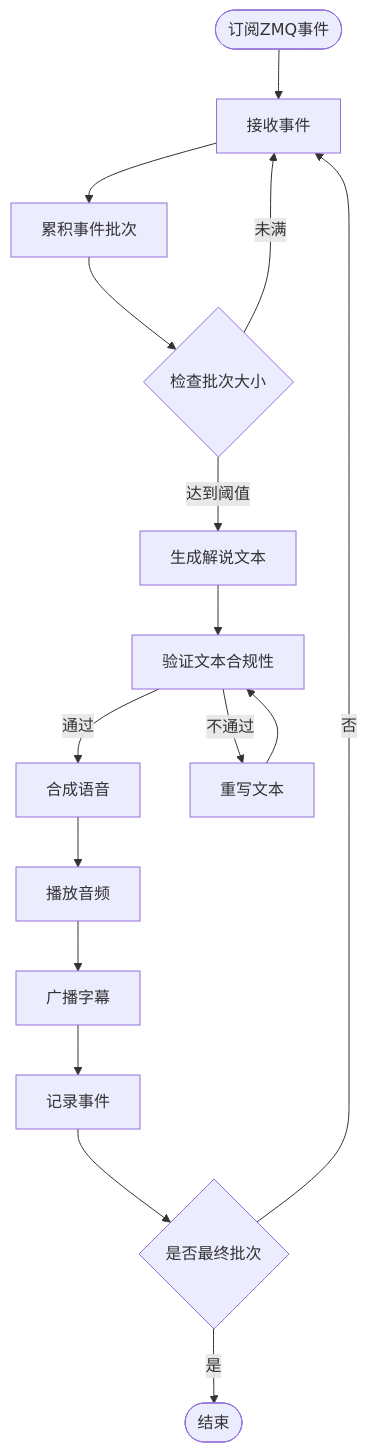
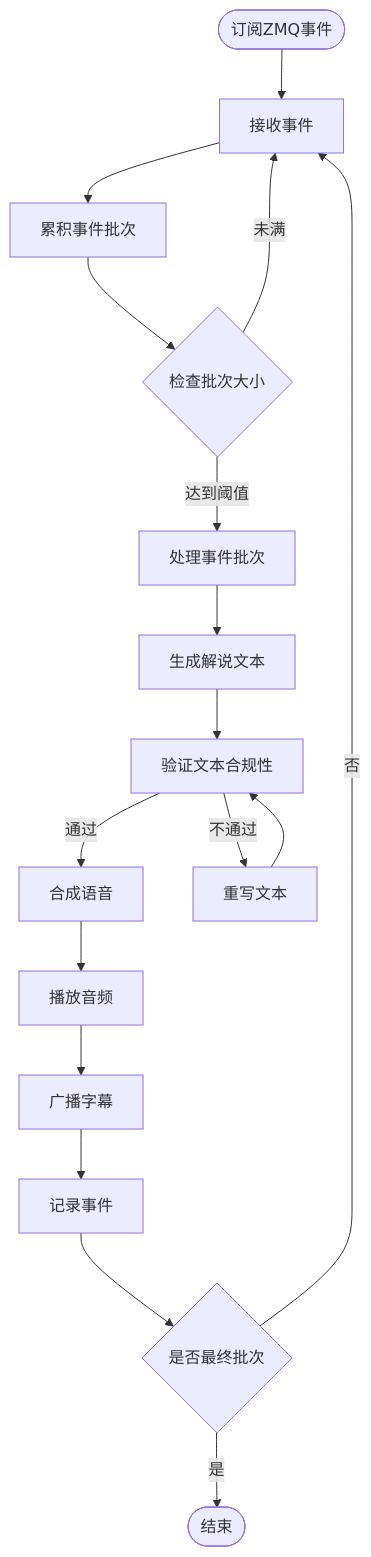
One commit to 1024dashen/Vue3Speech changed the eighth of 9 diagrams in .qoder/repowiki/zh/content/项目概述.md. Above: the diagram before and after it, drawn with Mermaid. The commit also changed other lines of this file and 29 other files, not shown here.

````diff
--- a/.qoder/repowiki/zh/content/项目概述.md
+++ b/.qoder/repowiki/zh/content/项目概述.md
@@ -591,18 +651,19 @@
 ```mermaid
 flowchart TD
 Subscribe([订阅ZMQ事件]) --> ReceiveEvent[接收事件]
 ReceiveEvent --> AccumulateBatch[累积事件批次]
 AccumulateBatch --> CheckBatchSize{检查批次大小}
 CheckBatchSize --> |未满| ReceiveEvent
-CheckBatchSize --> |达到阈值| GenerateNarration[生成解说文本]
+CheckBatchSize --> |达到阈值| ProcessBatch[处理事件批次]
+ProcessBatch --> GenerateNarration[生成解说文本]
 GenerateNarration --> ValidateNarration[验证文本合规性]
 ValidateNarration --> |通过| SynthesizeTTS[合成语音]
 ValidateNarration --> |不通过| ReviseNarration[重写文本]
 ReviseNarration --> ValidateNarration
 SynthesizeTTS --> PlayAudio[播放音频]
 PlayAudio --> BroadcastSubtitle[广播字幕]
 BroadcastSubtitle --> LogEvent[记录事件]
 LogEvent --> CheckFinal{是否最终批次}
 CheckFinal --> |是| End([结束])
 CheckFinal --> |否| ReceiveEvent
 ```
````
